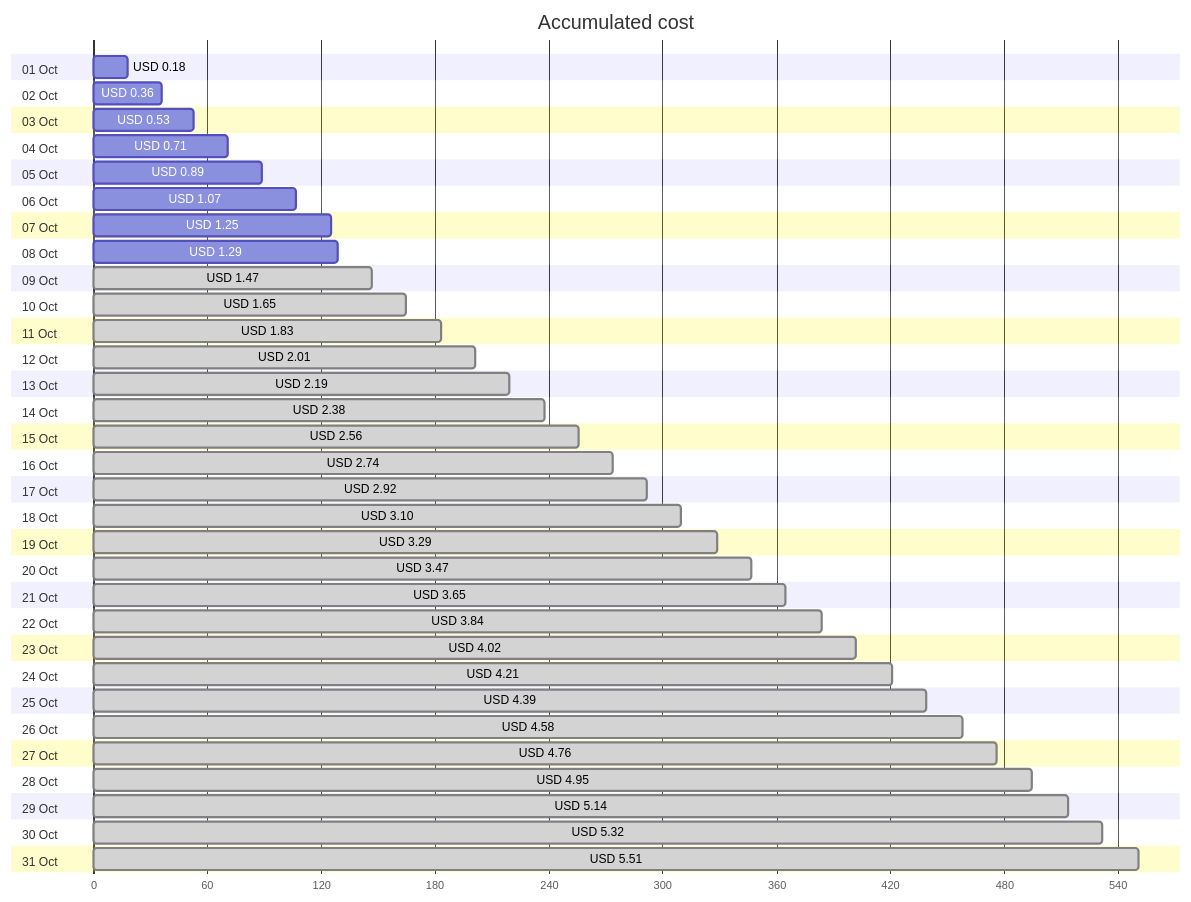
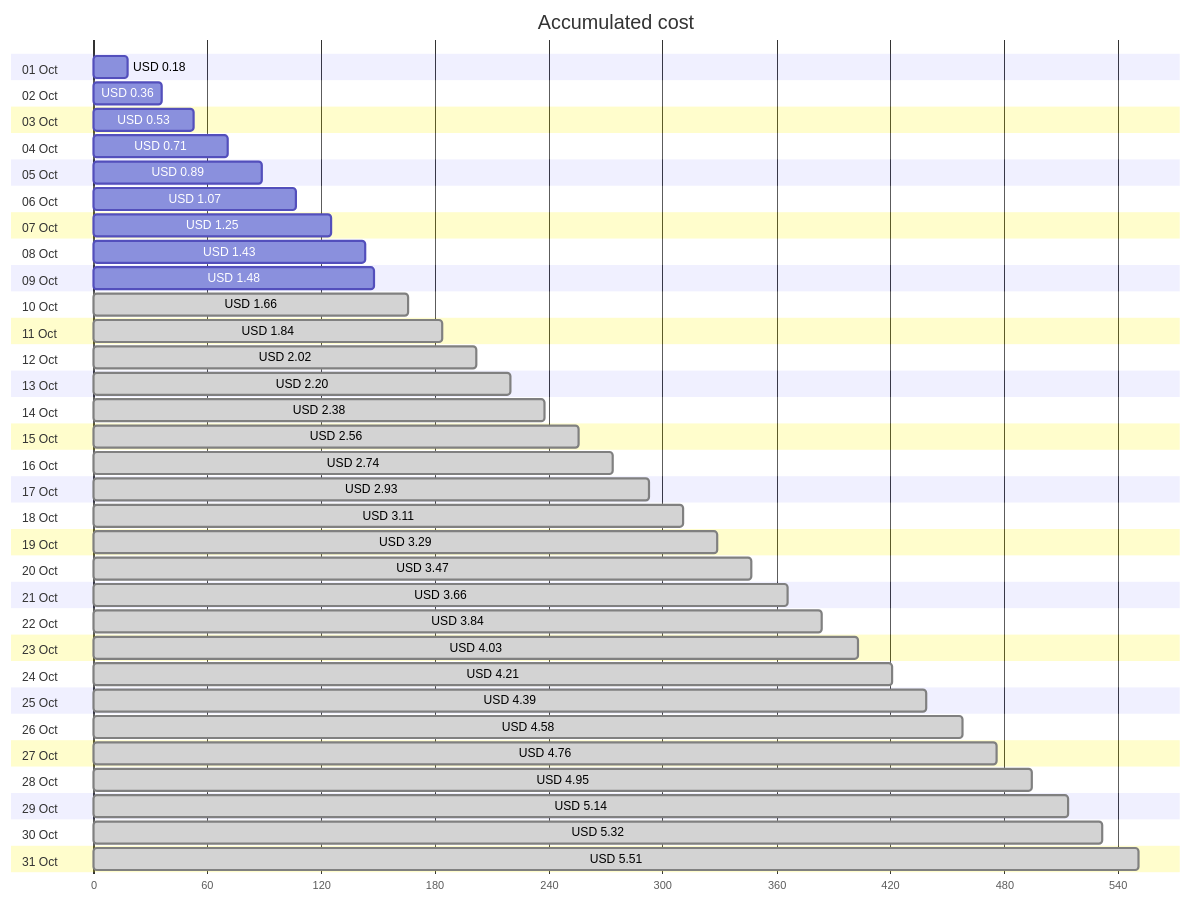
Before and after one commit to jpfulton/azure-personal-reports: the first of 4 diagrams in cost-reports/personal-network/backup-server.md, drawn with Mermaid. The commit also changed other lines of this file and 8 other files, not shown here.

````diff
--- a/cost-reports/personal-network/backup-server.md
+++ b/cost-reports/personal-network/backup-server.md
@@ -20,68 +20,68 @@
 ```mermaid
 gantt
    title Accumulated cost
    dateFormat  X
    axisFormat %s
    section 01 Oct
    USD 0.18 :0, 18
    section 02 Oct
    USD 0.36 :0, 36
    section 03 Oct
    USD 0.53 :0, 53
    section 04 Oct
    USD 0.71 :0, 71
    section 05 Oct
    USD 0.89 :0, 89
    section 06 Oct
    USD 1.07 :0, 107
    section 07 Oct
    USD 1.25 :0, 125
    section 08 Oct
-   USD 1.29 :0, 129
+   USD 1.43 :0, 143
    section 09 Oct
-   USD 1.47 : done, 0, 147
+   USD 1.48 :0, 148
    section 10 Oct
-   USD 1.65 : done, 0, 165
+   USD 1.66 : done, 0, 166
    section 11 Oct
-   USD 1.83 : done, 0, 183
+   USD 1.84 : done, 0, 184
    section 12 Oct
-   USD 2.01 : done, 0, 201
+   USD 2.02 : done, 0, 202
    section 13 Oct
-   USD 2.19 : done, 0, 219
+   USD 2.20 : done, 0, 220
    section 14 Oct
    USD 2.38 : done, 0, 238
    section 15 Oct
    USD 2.56 : done, 0, 256
    section 16 Oct
    USD 2.74 : done, 0, 274
    section 17 Oct
-   USD 2.92 : done, 0, 292
+   USD 2.93 : done, 0, 293
    section 18 Oct
-   USD 3.10 : done, 0, 310
+   USD 3.11 : done, 0, 311
    section 19 Oct
    USD 3.29 : done, 0, 329
    section 20 Oct
    USD 3.47 : done, 0, 347
    section 21 Oct
-   USD 3.65 : done, 0, 365
+   USD 3.66 : done, 0, 366
    section 22 Oct
    USD 3.84 : done, 0, 384
    section 23 Oct
-   USD 4.02 : done, 0, 402
+   USD 4.03 : done, 0, 403
    section 24 Oct
    USD 4.21 : done, 0, 421
    section 25 Oct
    USD 4.39 : done, 0, 439
    section 26 Oct
    USD 4.58 : done, 0, 458
    section 27 Oct
    USD 4.76 : done, 0, 476
    section 28 Oct
    USD 4.95 : done, 0, 495
    section 29 Oct
    USD 5.14 : done, 0, 514
    section 30 Oct
    USD 5.32 : done, 0, 532
    section 31 Oct
    USD 5.51 : done, 0, 551
 ```
````
